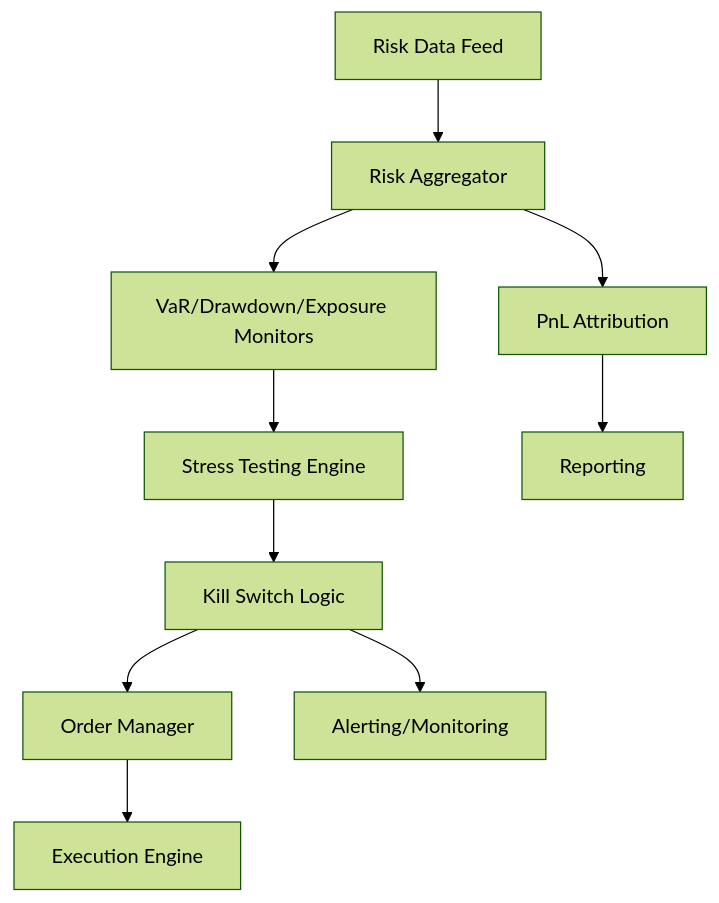
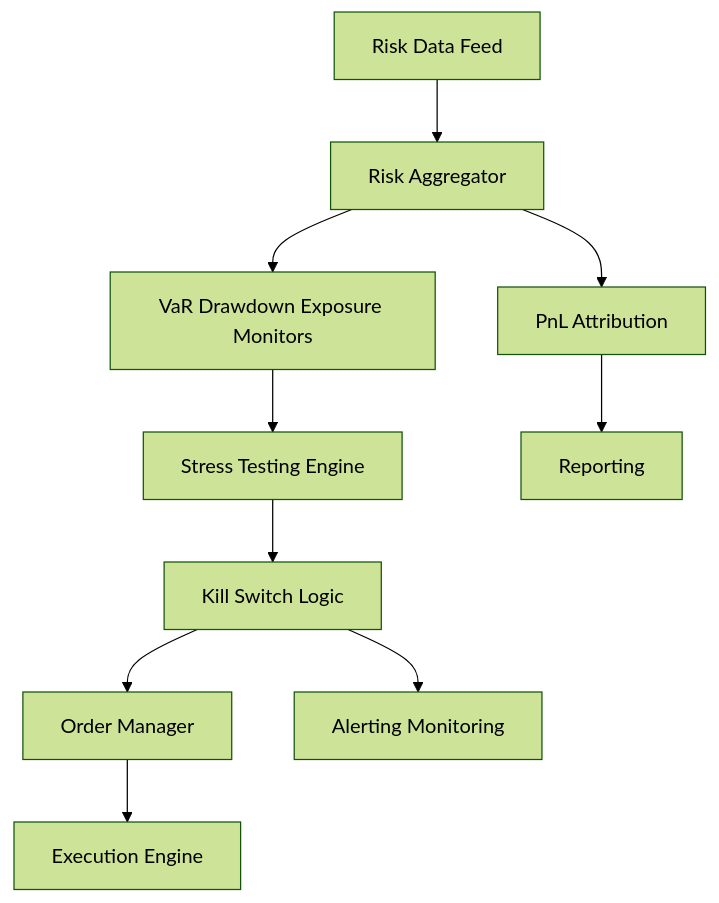
Before and after one commit to TheHaywire/docs-mt5-python-algo-trading: the fifth of 5 diagrams in docs/risk_management.md, drawn with Mermaid (forest theme). The commit also changed other lines of this file and 5 other files, not shown here.

Commit message:
Fix broken Mermaid diagrams - Remove special characters and parentheses from node labels

````diff
--- a/docs/risk_management.md
+++ b/docs/risk_management.md
@@ -105,12 +105,12 @@
 ```mermaid
 flowchart TD
     A[Risk Data Feed] --> B[Risk Aggregator]
-    B --> C[VaR/Drawdown/Exposure Monitors]
+    B --> C[VaR Drawdown Exposure Monitors]
     C --> D[Stress Testing Engine]
     D --> E[Kill Switch Logic]
     E --> F[Order Manager]
     F --> G[Execution Engine]
-    E --> H[Alerting/Monitoring]
+    E --> H[Alerting Monitoring]
     B --> I[PnL Attribution]
     I --> J[Reporting]
 ```
````
